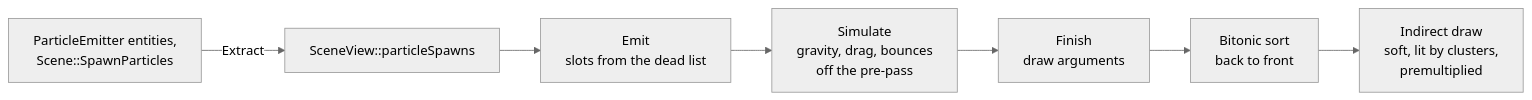
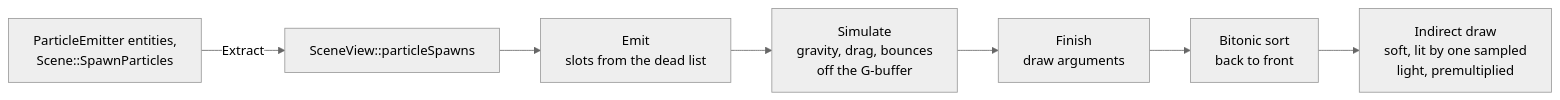
Diagram 12 of 12 in docs/ARCHITECTURE.md (SBXdev3D/daidalos-engine-next), drawn with Mermaid (neutral theme) before and after one commit. The commit also changed other lines of this file and 8 other files, not shown here.

````diff
--- a/docs/ARCHITECTURE.md
+++ b/docs/ARCHITECTURE.md
@@ -263,9 +267,9 @@
 ```mermaid
 flowchart LR
     E["ParticleEmitter entities,<br/>Scene::SpawnParticles"] -->|"Extract"| V["SceneView::particleSpawns"]
     V --> EM["Emit<br/>slots from the dead list"]
-    EM --> SI["Simulate<br/>gravity, drag, bounces<br/>off the pre-pass"]
+    EM --> SI["Simulate<br/>gravity, drag, bounces<br/>off the G-buffer"]
     SI --> FI["Finish<br/>draw arguments"]
     FI --> SO["Bitonic sort<br/>back to front"]
-    SO --> D["Indirect draw<br/>soft, lit by clusters,<br/>premultiplied"]
+    SO --> D["Indirect draw<br/>soft, lit by one sampled<br/>light, premultiplied"]
 ```
````
